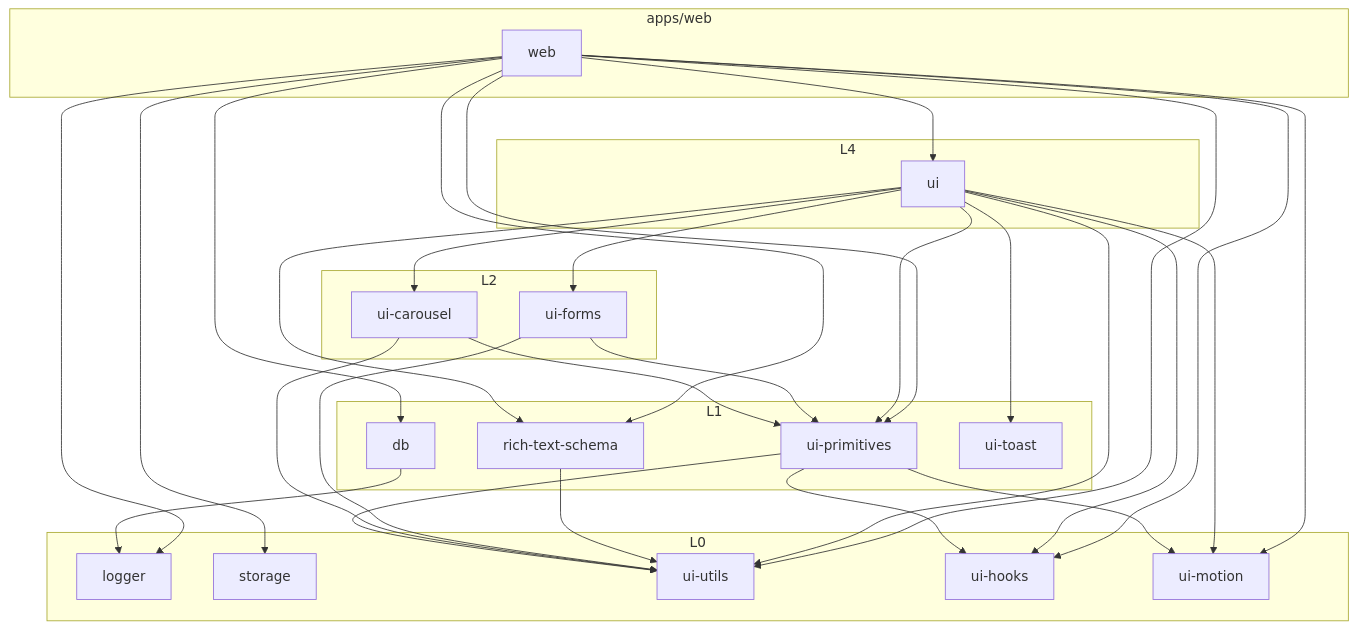
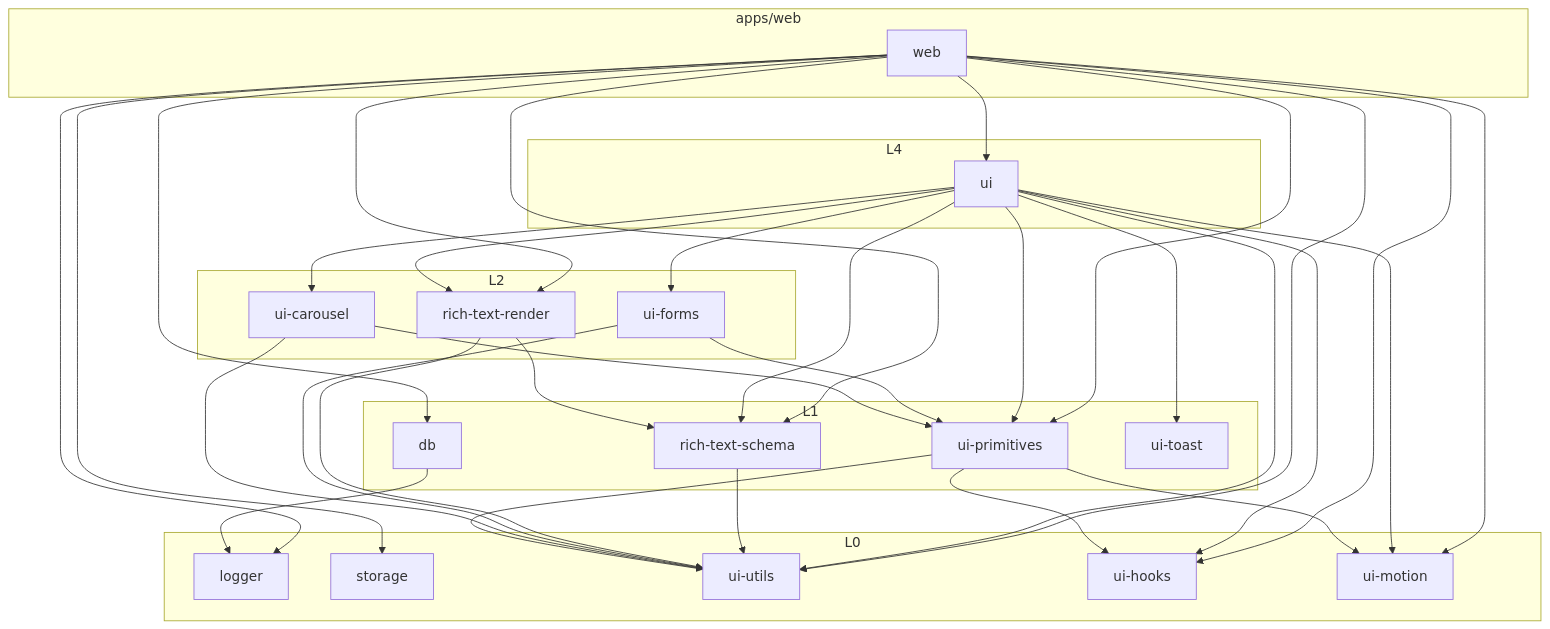
Before and after one commit to lthphuw/byte-of-me: the third of 9 diagrams in docs/architecture.md, drawn with Mermaid. The commit also changed other lines of this file and 32 other files, not shown here.

````diff
--- a/docs/architecture.md
+++ b/docs/architecture.md
@@ -166,53 +171,58 @@
 ```mermaid
 flowchart TB
     subgraph APP["apps/web"]
         WEB["web"]
     end
     subgraph L4["L4"]
         UI["ui"]
     end
     subgraph L2["L2"]
         FORMS["ui-forms"]
         CAROUSEL["ui-carousel"]
+        RENDER["rich-text-render"]
     end
     subgraph L1["L1"]
         DB["db"]
         SCHEMA["rich-text-schema"]
         PRIMS["ui-primitives"]
         TOAST["ui-toast"]
     end
     subgraph L0["L0"]
         LOG["logger"]
         ST["storage"]
         UTILS["ui-utils"]
         HOOKS["ui-hooks"]
         MOTION["ui-motion"]
     end
 
     WEB --> UI
     WEB --> DB
     WEB --> ST
     WEB --> LOG
     WEB --> UTILS
     WEB --> HOOKS
     WEB --> MOTION
     WEB --> PRIMS
     WEB --> SCHEMA
+    WEB --> RENDER
     UI --> SCHEMA
+    UI --> RENDER
     UI --> UTILS
     UI --> HOOKS
     UI --> MOTION
     UI --> PRIMS
     UI --> TOAST
     UI --> FORMS
     UI --> CAROUSEL
     SCHEMA --> UTILS
+    RENDER --> SCHEMA
+    RENDER --> UTILS
     FORMS --> PRIMS
     FORMS --> UTILS
     CAROUSEL --> PRIMS
     CAROUSEL --> UTILS
     PRIMS --> UTILS
     PRIMS --> HOOKS
     PRIMS --> MOTION
     DB --> LOG
 ```
````
